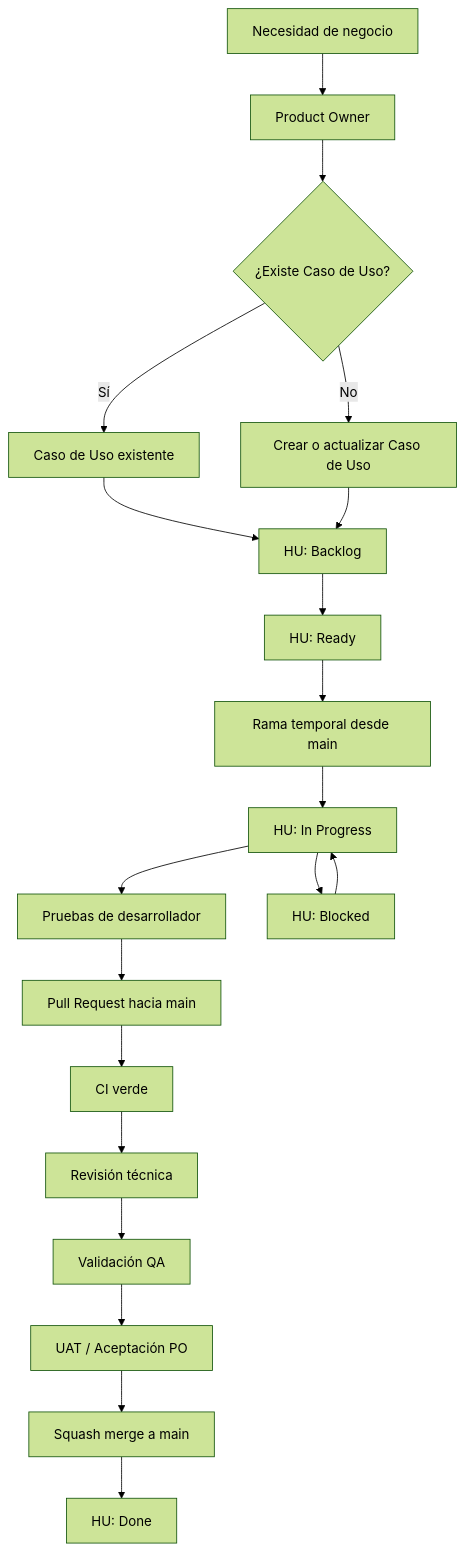
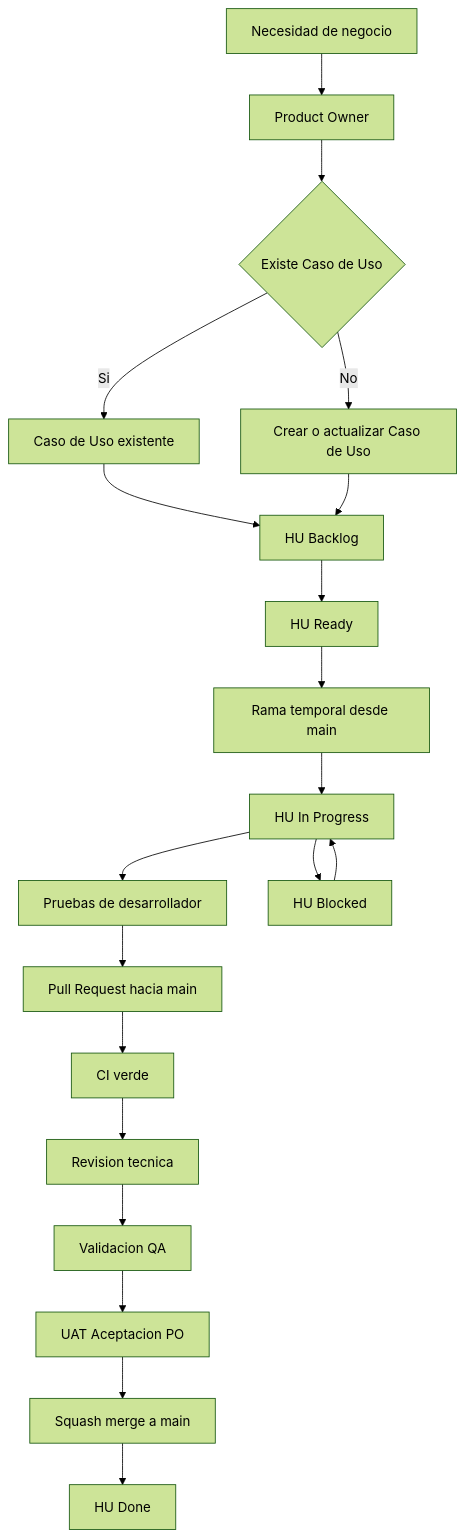
The diagram in procesos/github-flow.md (L4CR/L4.Land4.Docs), drawn with Mermaid (forest theme) before and after one commit.

Commit message:
docs: fix GitHub Flow Mermaid diagram syntax

````diff
--- a/procesos/github-flow.md
+++ b/procesos/github-flow.md
@@ -31,22 +31,22 @@
 ```mermaid
 flowchart TD
-    Need[Necesidad de negocio] --> PO[Product Owner]
-    PO --> CU{¿Existe Caso de Uso?}
-    CU -->|Sí| ExistingCU[Caso de Uso existente]
-    CU -->|No| NewCU[Crear o actualizar Caso de Uso]
-    ExistingCU --> Backlog[HU: Backlog]
-    NewCU --> Backlog
-    Backlog --> Ready[HU: Ready]
-    Ready --> Branch[Rama temporal desde main]
-    Branch --> Progress[HU: In Progress]
-    Progress --> DevTests[Pruebas de desarrollador]
-    DevTests --> PR[Pull Request hacia main]
-    Progress --> Blocked[HU: Blocked]
-    Blocked --> Progress
-    PR --> CI[CI verde]
-    CI --> Review[Revisión técnica]
-    Review --> QA[Validación QA]
-    QA --> UAT[UAT / Aceptación PO]
-    UAT --> Merge[Squash merge a main]
-    Merge --> Done[HU: Done]
+    Need["Necesidad de negocio"] --> ProductOwner["Product Owner"]
+    ProductOwner --> UseCaseDecision{"Existe Caso de Uso"}
+    UseCaseDecision -->|"Si"| ExistingUseCase["Caso de Uso existente"]
+    UseCaseDecision -->|"No"| NewUseCase["Crear o actualizar Caso de Uso"]
+    ExistingUseCase --> Backlog["HU Backlog"]
+    NewUseCase --> Backlog
+    Backlog --> Ready["HU Ready"]
+    Ready --> Branch["Rama temporal desde main"]
+    Branch --> InProgress["HU In Progress"]
+    InProgress --> DevTests["Pruebas de desarrollador"]
+    DevTests --> PullRequest["Pull Request hacia main"]
+    InProgress --> Blocked["HU Blocked"]
+    Blocked --> InProgress
+    PullRequest --> CI["CI verde"]
+    CI --> TechReview["Revision tecnica"]
+    TechReview --> QA["Validacion QA"]
+    QA --> UAT["UAT Aceptacion PO"]
+    UAT --> Merge["Squash merge a main"]
+    Merge --> Done["HU Done"]
 ```
````
